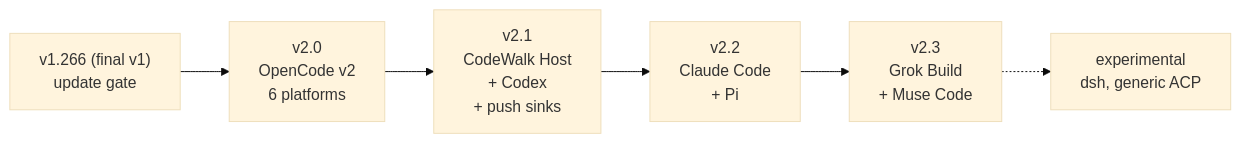
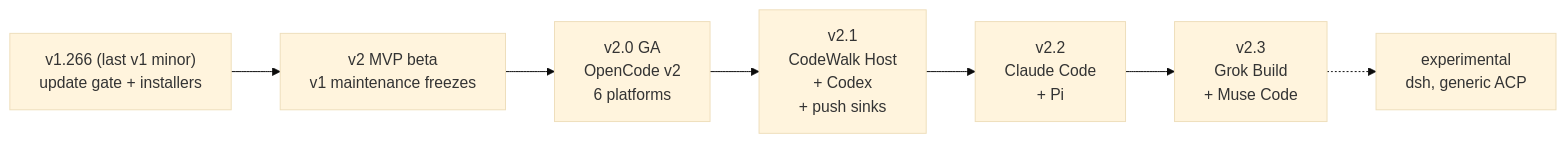
The first of 3 diagrams in v2-plan.md (verseles/codewalk), drawn with Mermaid (base theme) before and after one commit. The commit also changed other lines of this file and 1 other file, not shown here.

````diff
--- a/v2-plan.md
+++ b/v2-plan.md
@@ -74,8 +74,9 @@
 ```mermaid
 flowchart LR
-  V1F["v1.266 (final v1)\nupdate gate"] --> V20["v2.0\nOpenCode v2\n6 platforms"]
+  V1F["v1.266 (last v1 minor)\nupdate gate + installers"] --> MVP["v2 MVP beta\nv1 maintenance freezes"]
+  MVP --> V20["v2.0 GA\nOpenCode v2\n6 platforms"]
   V20 --> V21["v2.1\nCodeWalk Host\n+ Codex\n+ push sinks"]
   V21 --> V22["v2.2\nClaude Code\n+ Pi"]
   V22 --> V23["v2.3\nGrok Build\n+ Muse Code"]
   V23 -.-> EXP["experimental\ndsh, generic ACP"]
 ```
````
